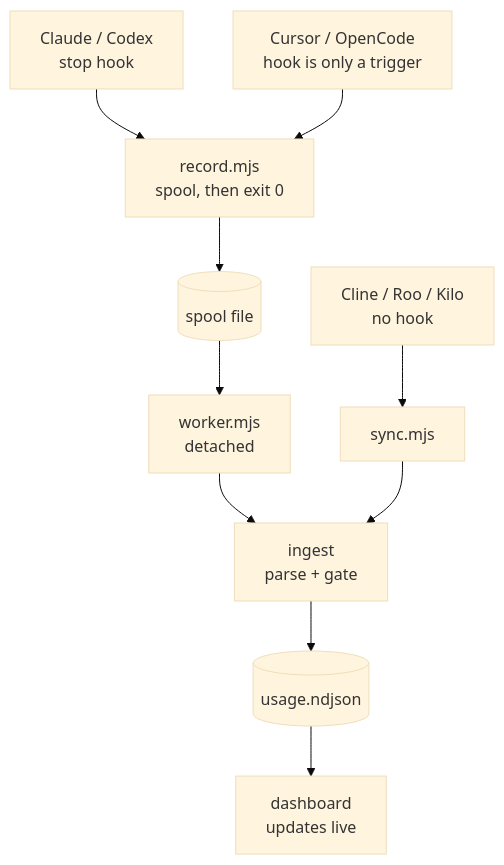
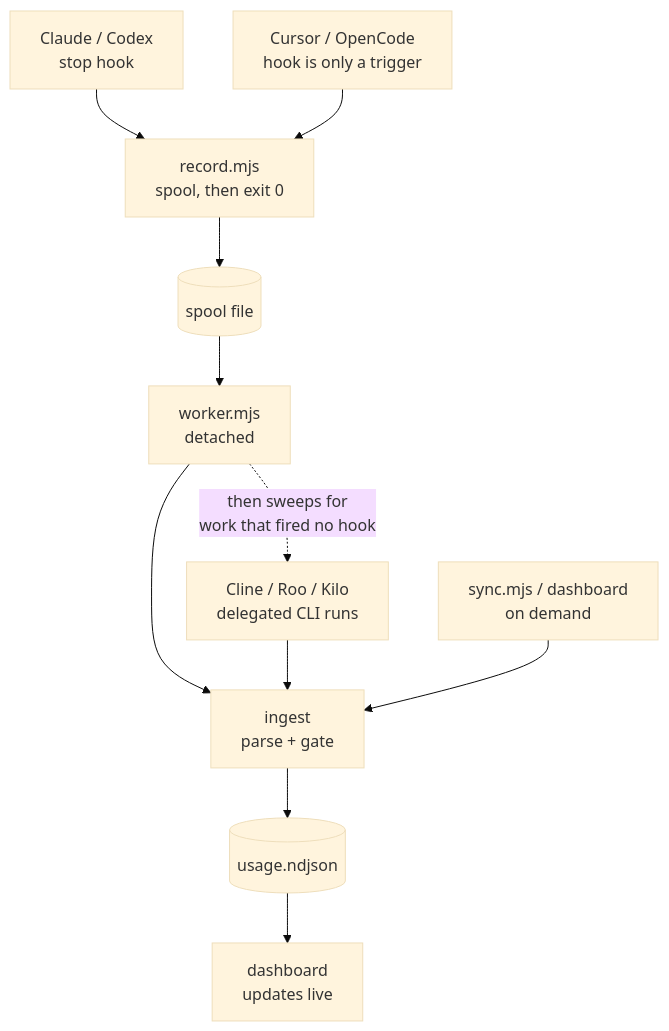
One commit to Kud0o/ai-usage-inspector changed the first of 2 diagrams in README.md. Above: the diagram before and after it, drawn with Mermaid (base theme). The commit also changed other lines of this file, not shown here.

````diff
--- a/README.md
+++ b/README.md
@@ -23,12 +23,13 @@
 ```mermaid
 flowchart TD
   A["Claude / Codex<br/>stop hook"] --> R["record.mjs<br/>spool, then exit 0"]
   B["Cursor / OpenCode<br/>hook is only a trigger"] --> R
   R --> S[("spool file")]
   S --> W["worker.mjs<br/>detached"]
   W --> I["ingest<br/>parse + gate"]
-  V["Cline / Roo / Kilo<br/>no hook"] --> Y["sync.mjs"]
-  Y --> I
+  W -. "then sweeps for<br/>work that fired no hook" .-> V
+  V["Cline / Roo / Kilo<br/>delegated CLI runs"] --> I
+  Y["sync.mjs / dashboard<br/>on demand"] --> I
   I --> D[("usage.ndjson")]
   D --> P["dashboard<br/>updates live"]
 ```
````
